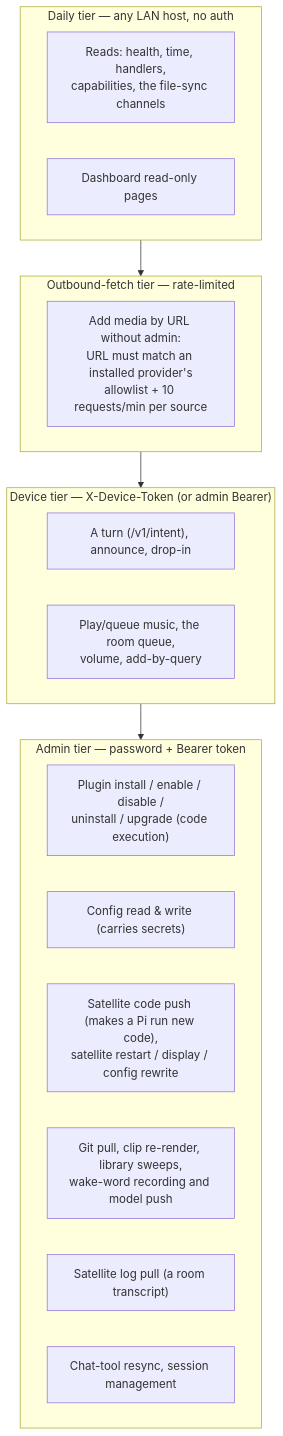
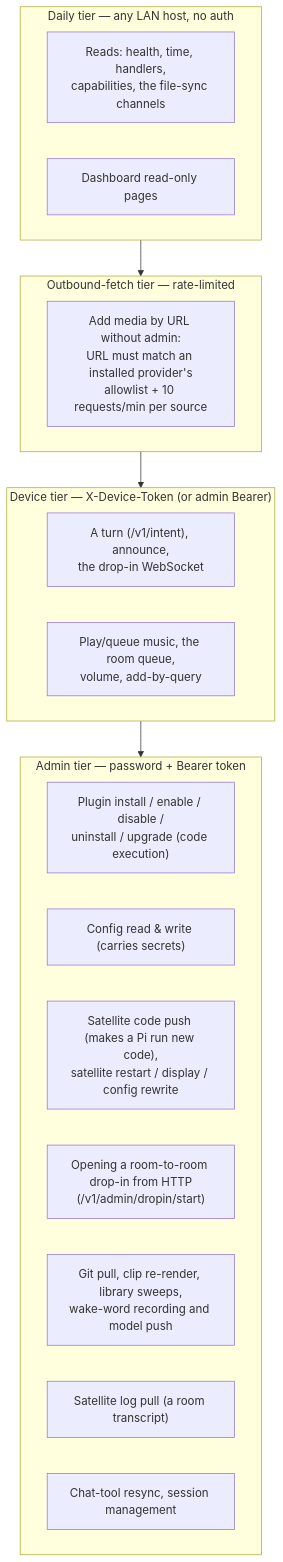
One commit to coders-farm-official/domovoi changed the diagram in docs/SECURITY_PRIVACY.md. Above: the diagram before and after it, drawn with Mermaid. The commit also changed other lines of this file and 13 other files, not shown here.

````diff
--- a/docs/SECURITY_PRIVACY.md
+++ b/docs/SECURITY_PRIVACY.md
@@ -39,23 +39,24 @@
 ```mermaid
 flowchart TB
     subgraph daily["Daily tier — any LAN host, no auth"]
         d1["Reads: health, time, handlers,<br/>capabilities, the file-sync channels"]
         d2["Dashboard read-only pages"]
     end
     subgraph fetch["Outbound-fetch tier — rate-limited"]
         f1["Add media by URL without admin:<br/>URL must match an installed provider's<br/>allowlist + 10 requests/min per source"]
     end
     subgraph device["Device tier — X-Device-Token (or admin Bearer)"]
-        v1["A turn (/v1/intent), announce, drop-in"]
+        v1["A turn (/v1/intent), announce,<br/>the drop-in WebSocket"]
         v2["Play/queue music, the room queue,<br/>volume, add-by-query"]
     end
     subgraph admin["Admin tier — password + Bearer token"]
         a1["Plugin install / enable / disable /<br/>uninstall / upgrade (code execution)"]
         a2["Config read & write (carries secrets)"]
         a3["Satellite code push (makes a Pi run new code),<br/>satellite restart / display / config rewrite"]
+        a7["Opening a room-to-room drop-in from HTTP<br/>(/v1/admin/dropin/start)"]
         a4["Git pull, clip re-render, library sweeps,<br/>wake-word recording and model push"]
         a5["Satellite log pull (a room transcript)"]
         a6["Chat-tool resync, session management"]
     end
     daily --> fetch --> device --> admin
 ```
````
